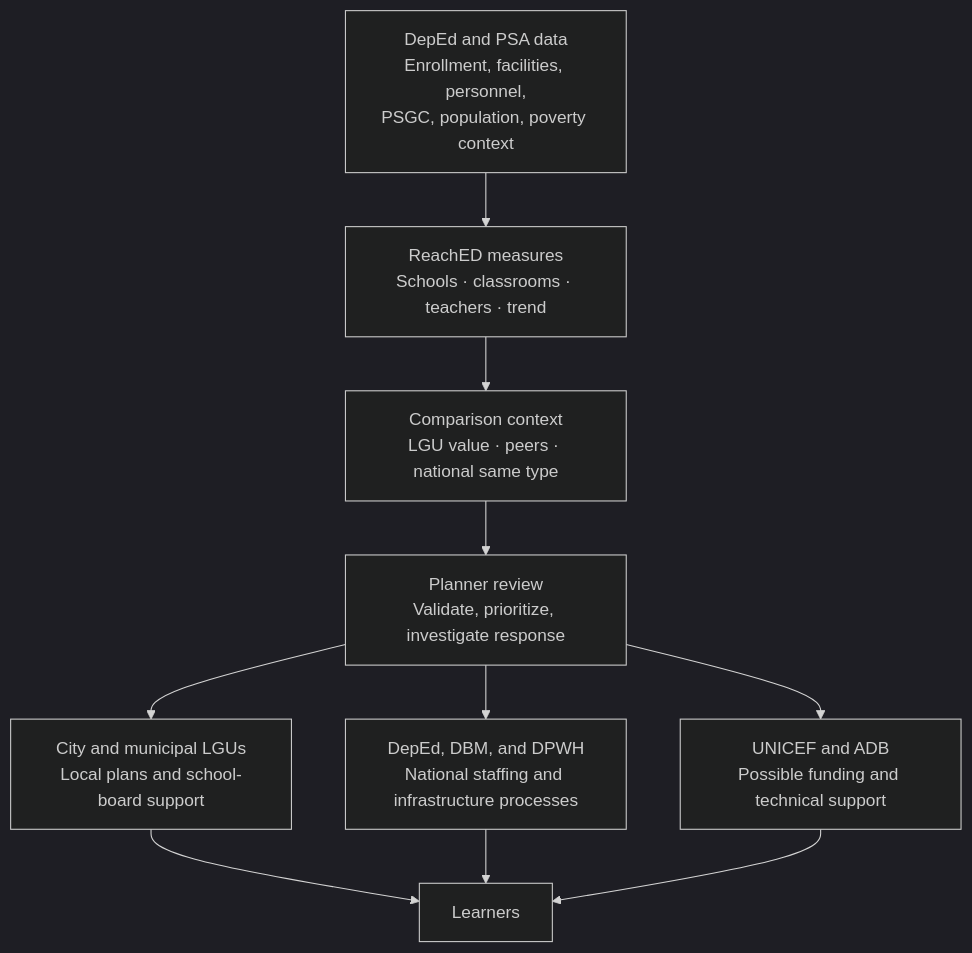
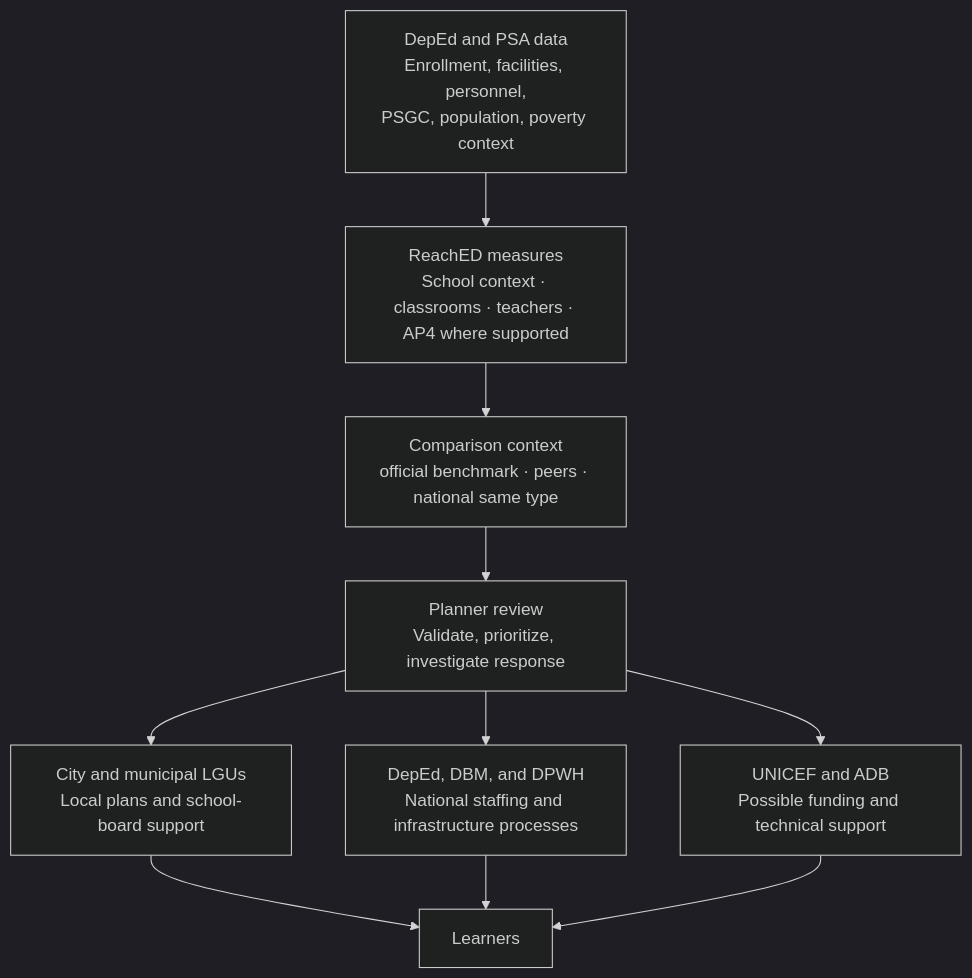
One commit to reached-hq/edu-access-intelligence changed the diagram in docs/business/stakeholders.md. Above: the diagram before and after it, drawn with Mermaid (dark theme). The commit also changed other lines of this file and 4 other files, not shown here.

````diff
--- a/docs/business/stakeholders.md
+++ b/docs/business/stakeholders.md
@@ -21,19 +22,19 @@
 ```mermaid
 flowchart TD
     D["DepEd and PSA data<br/>Enrollment, facilities, personnel,<br/>PSGC, population, poverty context"]
-    Q["ReachED measures<br/>Schools · classrooms · teachers · trend"]
-    C["Comparison context<br/>LGU value · peers · national same type"]
+    Q["ReachED measures<br/>School context · classrooms · teachers · AP4 where supported"]
+    C["Comparison context<br/>official benchmark · peers · national same type"]
     P["Planner review<br/>Validate, prioritize, investigate response"]
     L["City and municipal LGUs<br/>Local plans and school-board support"]
     G["DepEd, DBM, and DPWH<br/>National staffing and infrastructure processes"]
     S["UNICEF and ADB<br/>Possible funding and technical support"]
     X["Learners"]
 
     D --> Q --> C --> P
     P --> L
     P --> G
     P --> S
     L --> X
     G --> X
     S --> X
 ```
````
